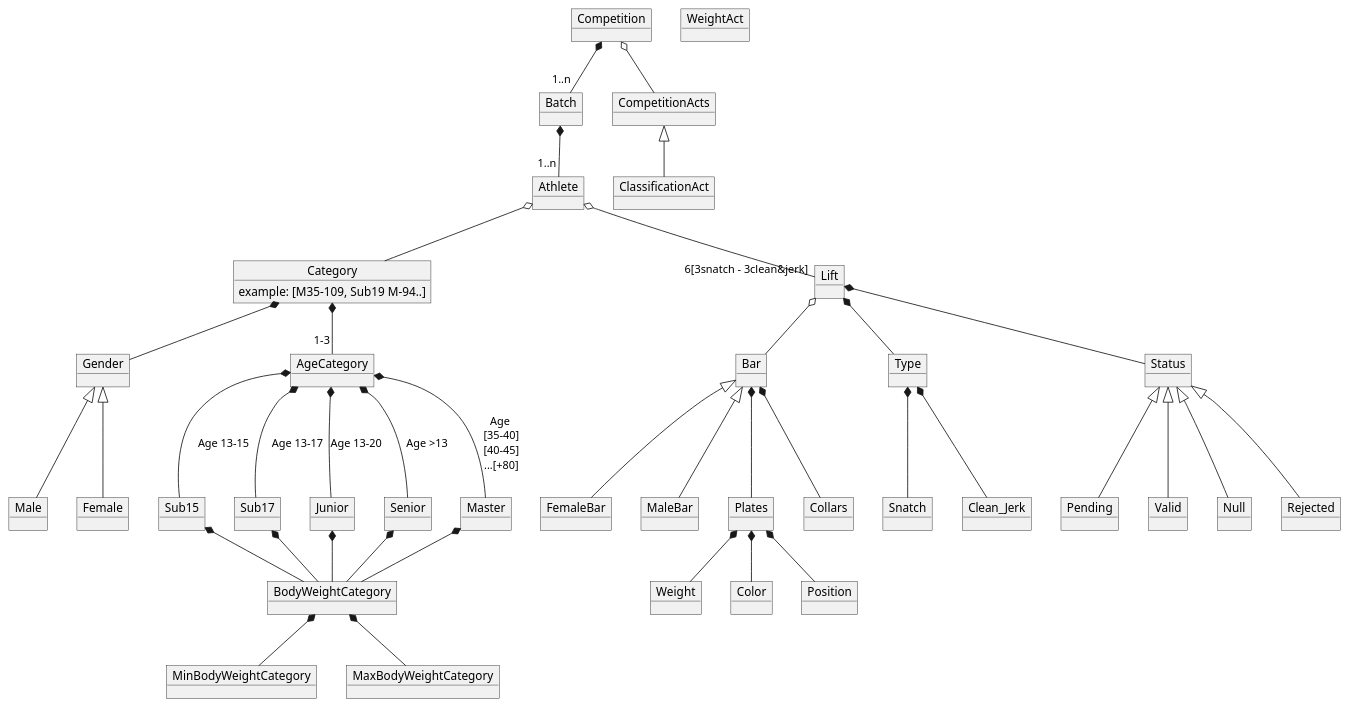
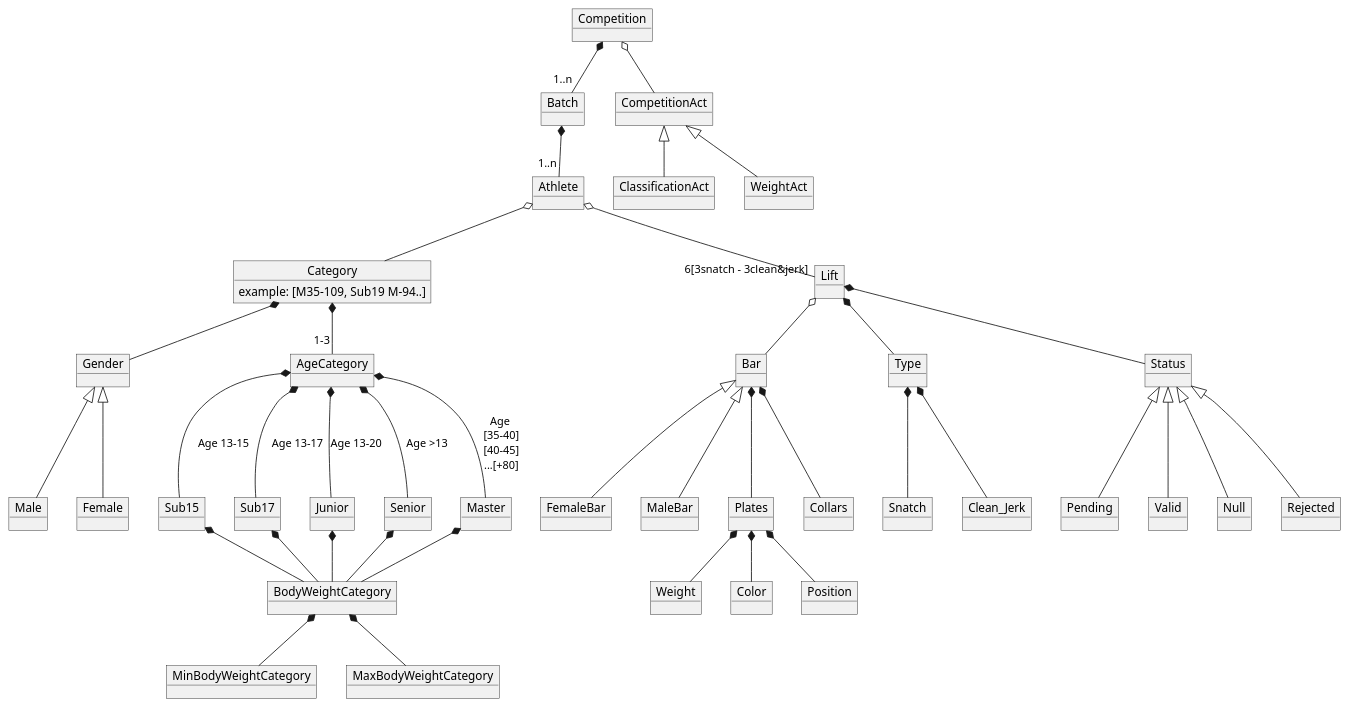
The diagram in modelDomain/domainModel.puml (zuldare/mastercloud_pfm_halterocms), drawn with PlantUML before and after one commit.

Commit message:
Added more data to domain model

```diff
--- a/modelDomain/domainModel.puml
+++ b/modelDomain/domainModel.puml
@@ -1,106 +1,107 @@
 @startuml
 'https://plantuml.com/object-diagram
 
 object Competition
 object Batch
 
 object Athlete
 object Gender
 object Male
 object Female
 
 
 ' Category
 object Category {
   example: [M35-109, Sub19 M-94..]
 }
 
 object BodyWeightCategory
 object MinBodyWeightCategory
 object MaxBodyWeightCategory
 
 object AgeCategory
 object Sub15
 object Sub17
 object Junior
 object Senior
 object Master
 
 ' Bars
 object Bar
 object FemaleBar
 object MaleBar
 object Plates
 object Weight
 object Color
 object Collars
 object Position
 
 
 ' Lifts
 object Lift
 object Type
 object Snatch
 object Clean_Jerk
 object Status
 object Pending
 object Valid
 object Null
 object Rejected
 
 ' Competition acts
-object CompetitionActs
+object CompetitionAct
 object ClassificationAct
 object WeightAct
 
 Lift *-- Type
 Type *-- Snatch
 Type *-- Clean_Jerk
 Lift o-- Bar
 Lift *-- Status
 Status <|-- Pending
 Status <|-- Valid
 Status <|-- Null
 Status <|-- Rejected
 
 
 Competition *-- "1..n" Batch
 Batch *-- "1..n" Athlete
-Competition o-- CompetitionActs
-CompetitionActs <|-- ClassificationAct
+Competition o-- CompetitionAct
+CompetitionAct <|-- ClassificationAct
+CompetitionAct <|-- WeightAct
 
 
 Gender <|-- Male
 Gender <|-- Female
 
 Category *-- "1-3" AgeCategory
 Category *-- Gender
 Sub15 *-- BodyWeightCategory
 Sub17 *-- BodyWeightCategory
 Junior *-- BodyWeightCategory
 Senior *-- BodyWeightCategory
 Master *-- BodyWeightCategory
 BodyWeightCategory *-- MinBodyWeightCategory
 BodyWeightCategory *-- MaxBodyWeightCategory
 
 AgeCategory *-- Sub15 :"Age 13-15"
 AgeCategory *-- Sub17 :"Age 13-17"
 AgeCategory *-- Junior :"Age 13-20"
 AgeCategory *-- Senior :"Age >13"
 AgeCategory *-- Master :"Age \n[35-40]\n[40-45]\n...[+80]"
 
 Athlete o-- Category
 
 Bar <|-- FemaleBar
 Bar <|-- MaleBar
 Bar *-- Plates
 Bar *-- Collars
 Plates *-- Weight
 Plates *-- Color
 Plates *-- Position
 
 
 Athlete o-- "6[3snatch - 3clean&jerk]" Lift
 
 
 @enduml
```
